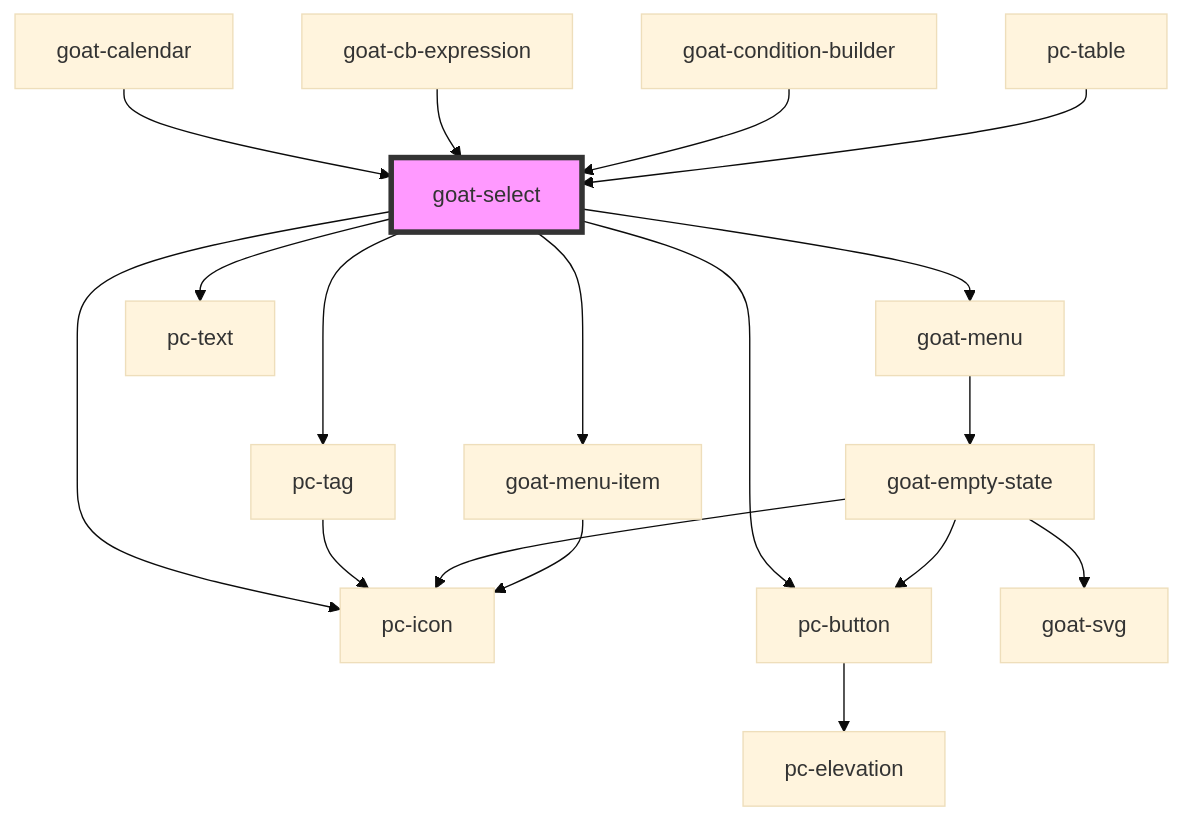
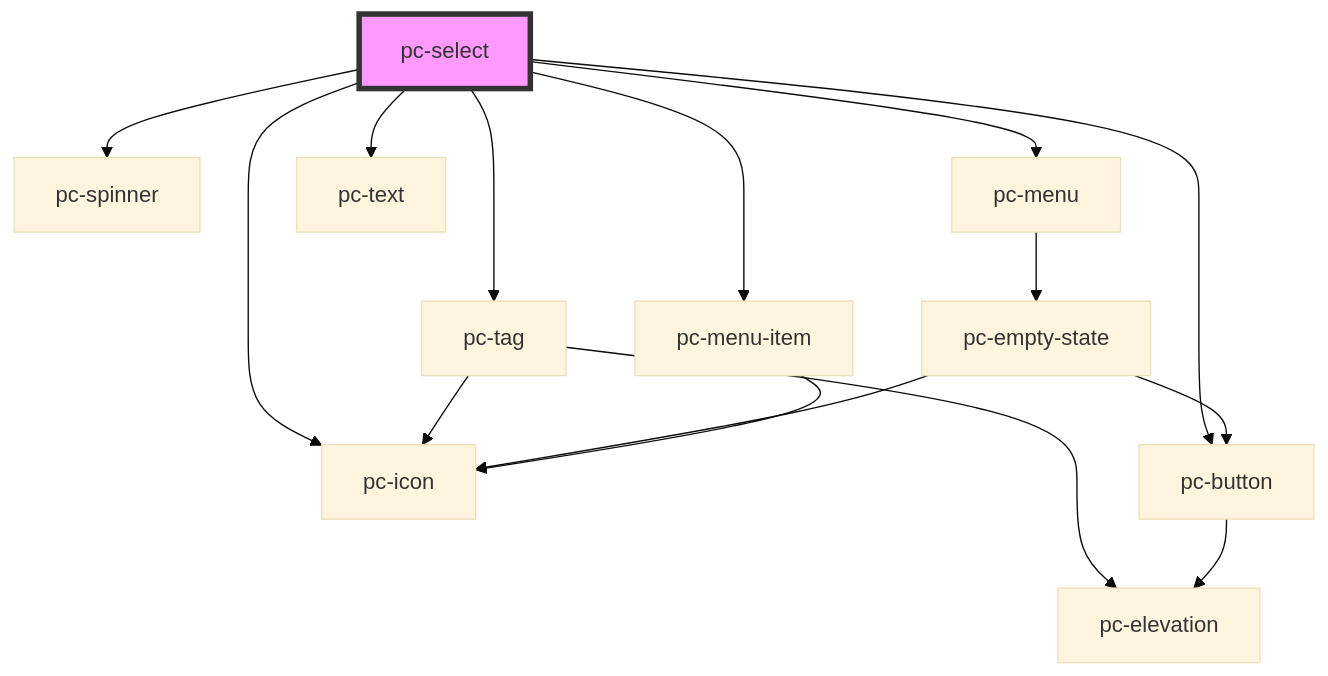
Before and after one commit to redvars/peacock: the diagram in src/components/input-controls/select/readme.md, drawn with Mermaid (base theme). The commit also changed other lines of this file and 299 other files, not shown here.

````diff
--- a/src/components/input-controls/select/readme.md
+++ b/src/components/input-controls/select/readme.md
@@ -113,21 +107,18 @@
 ```mermaid
 graph TD;
-  goat-select --> pc-icon
-  goat-select --> pc-tag
-  goat-select --> pc-button
-  goat-select --> goat-menu
-  goat-select --> pc-text
-  goat-select --> goat-menu-item
+  pc-select --> pc-icon
+  pc-select --> pc-tag
+  pc-select --> pc-button
+  pc-select --> pc-spinner
+  pc-select --> pc-menu
+  pc-select --> pc-text
+  pc-select --> pc-menu-item
   pc-tag --> pc-icon
+  pc-tag --> pc-elevation
   pc-button --> pc-elevation
-  goat-menu --> goat-empty-state
-  goat-empty-state --> goat-svg
-  goat-empty-state --> pc-button
-  goat-empty-state --> pc-icon
-  goat-menu-item --> pc-icon
-  goat-calendar --> goat-select
-  goat-cb-expression --> goat-select
-  goat-condition-builder --> goat-select
-  pc-table --> goat-select
-  style goat-select fill:#f9f,stroke:#333,stroke-width:4px
+  pc-menu --> pc-empty-state
+  pc-empty-state --> pc-icon
+  pc-empty-state --> pc-button
+  pc-menu-item --> pc-icon
+  style pc-select fill:#f9f,stroke:#333,stroke-width:4px
 ```
````
